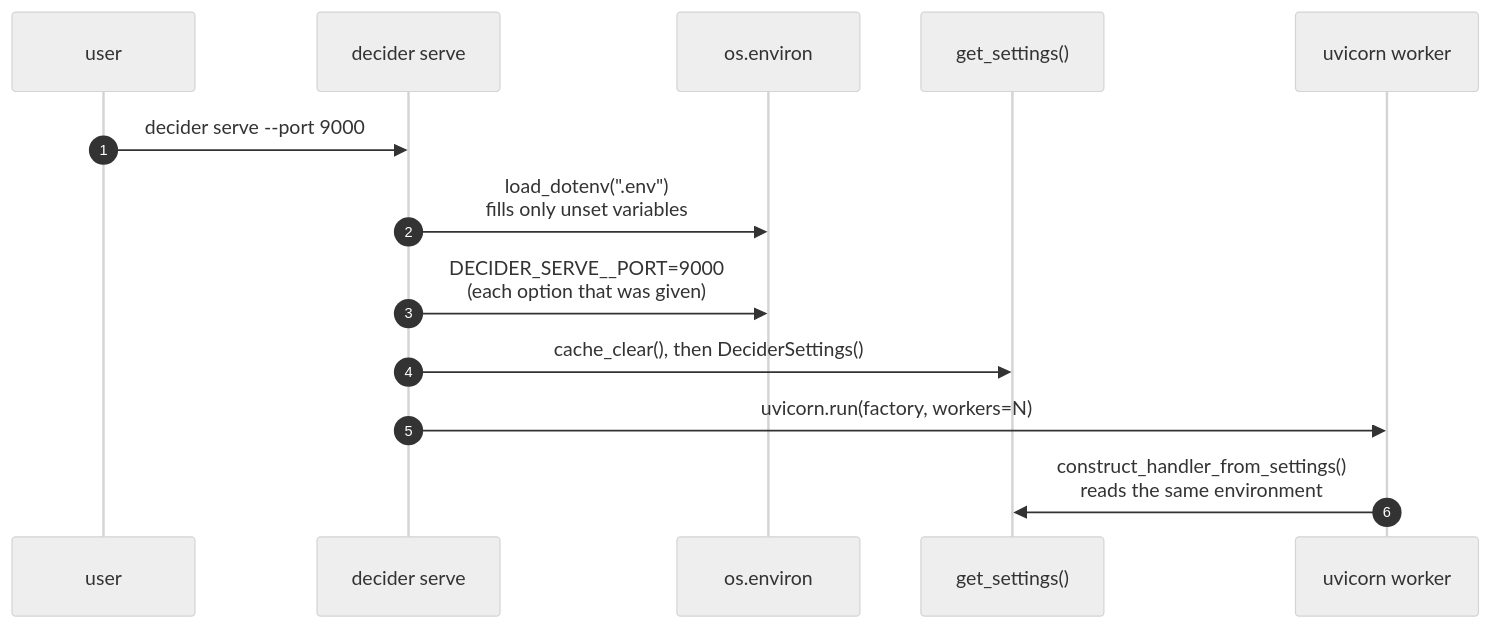
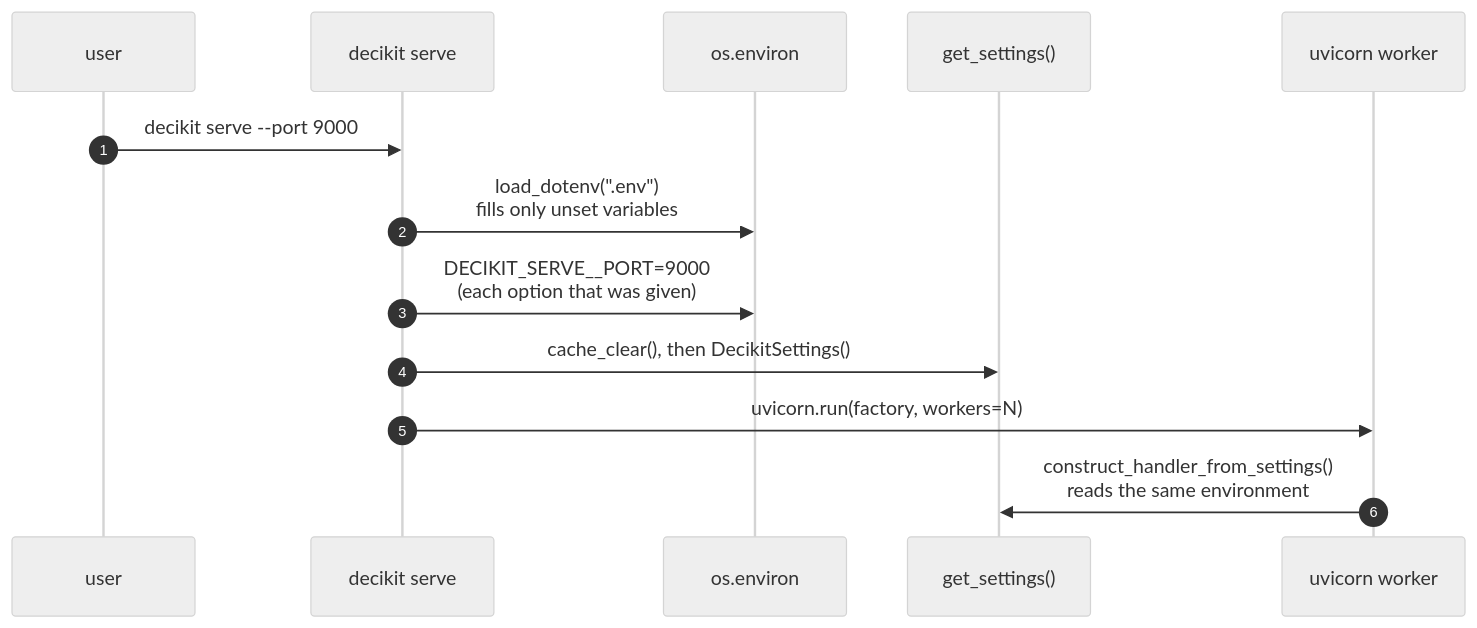
Before and after one commit to capitec/dsp-decision-engine: the second of 3 diagrams in docs/architecture/tooling.md, drawn with Mermaid (neutral theme). The commit also changed other lines of this file and 1292 other files, not shown here.

Commit message:
rename decider to decikit: package, CLI, DECIKIT_* settings, plugin, extension, docs prose says decider toolkit

````diff
--- a/docs/architecture/tooling.md
+++ b/docs/architecture/tooling.md
@@ -73,15 +73,15 @@
 ```mermaid
 sequenceDiagram
     autonumber
     participant U as user
-    participant C as decider serve
+    participant C as decikit serve
     participant ENV as os.environ
     participant S as get_settings()
     participant W as uvicorn worker
-    U->>C: decider serve --port 9000
+    U->>C: decikit serve --port 9000
     C->>ENV: load_dotenv(".env")<br/>fills only unset variables
-    C->>ENV: DECIDER_SERVE__PORT=9000<br/>(each option that was given)
-    C->>S: cache_clear(), then DeciderSettings()
+    C->>ENV: DECIKIT_SERVE__PORT=9000<br/>(each option that was given)
+    C->>S: cache_clear(), then DecikitSettings()
     C->>W: uvicorn.run(factory, workers=N)
     W->>S: construct_handler_from_settings()<br/>reads the same environment
 ```
````
